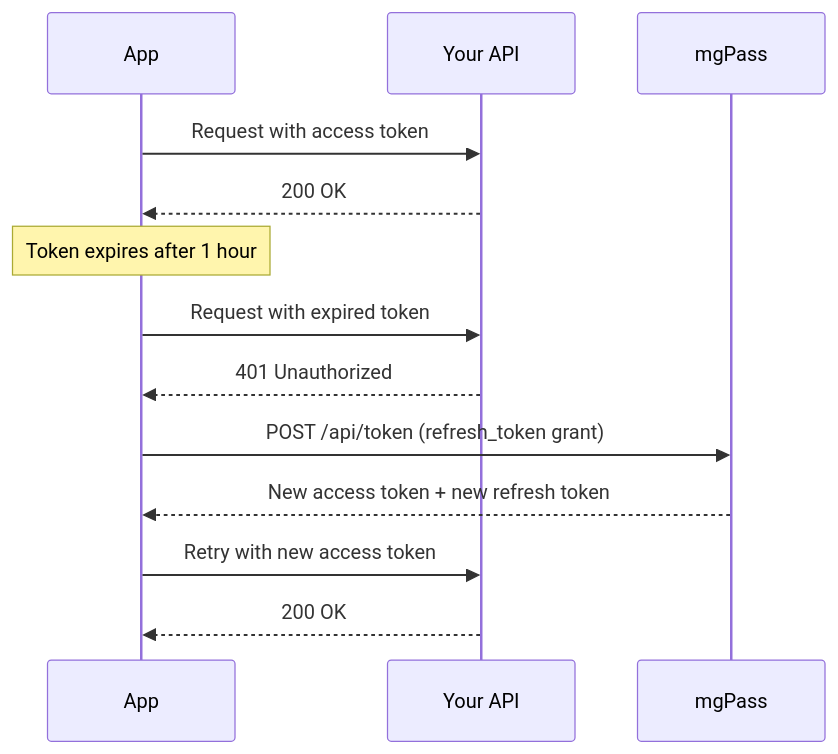
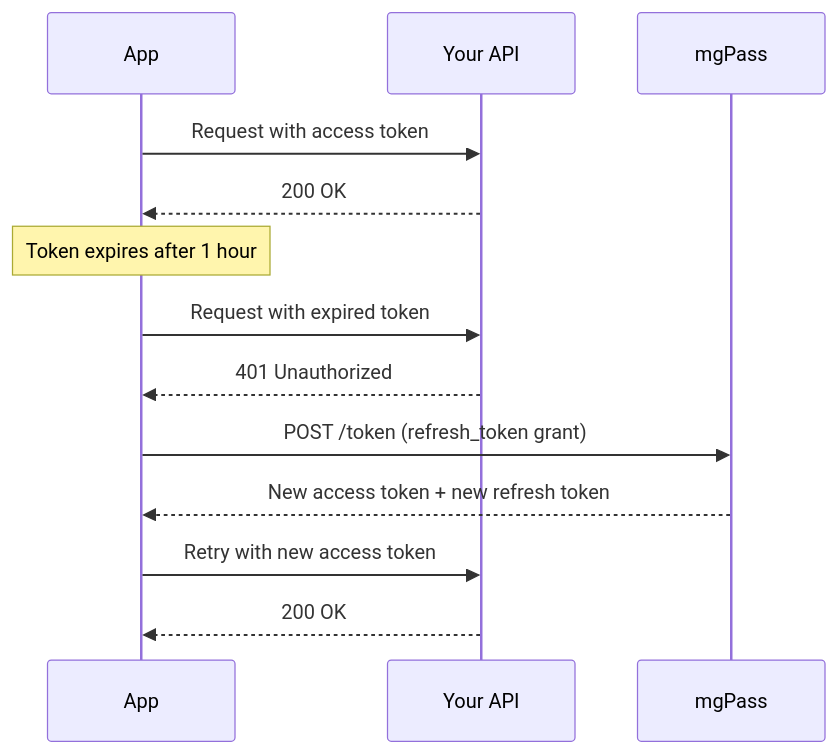
Before and after one commit to mgdmdev/docs: the first of 4 diagrams in guides/token-refresh.mdx, drawn with Mermaid. The commit also changed other lines of this file and 7 other files, not shown here.

First line of the commit message:
docs: fix OIDC endpoint paths (/token not /api/token) + auth/logout/SSO behavior

````diff
--- a/guides/token-refresh.mdx
+++ b/guides/token-refresh.mdx
@@ -18,20 +18,20 @@
 ```mermaid
 sequenceDiagram
     participant App
     participant API as Your API
     participant Auth as mgPass
 
     App->>API: Request with access token
     API-->>App: 200 OK
 
     Note over App: Token expires after 1 hour
 
     App->>API: Request with expired token
     API-->>App: 401 Unauthorized
 
-    App->>Auth: POST /api/token (refresh_token grant)
+    App->>Auth: POST /token (refresh_token grant)
     Auth-->>App: New access token + new refresh token
 
     App->>API: Retry with new access token
     API-->>App: 200 OK
 ```
````
